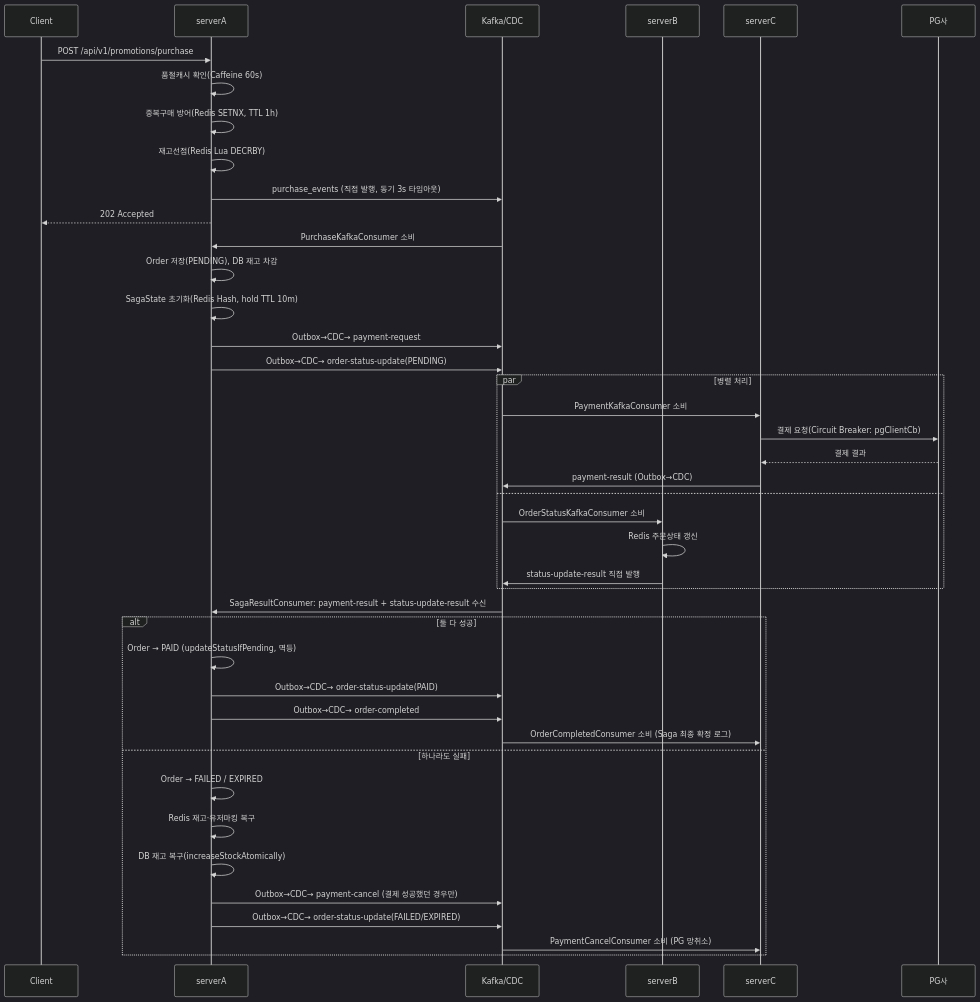
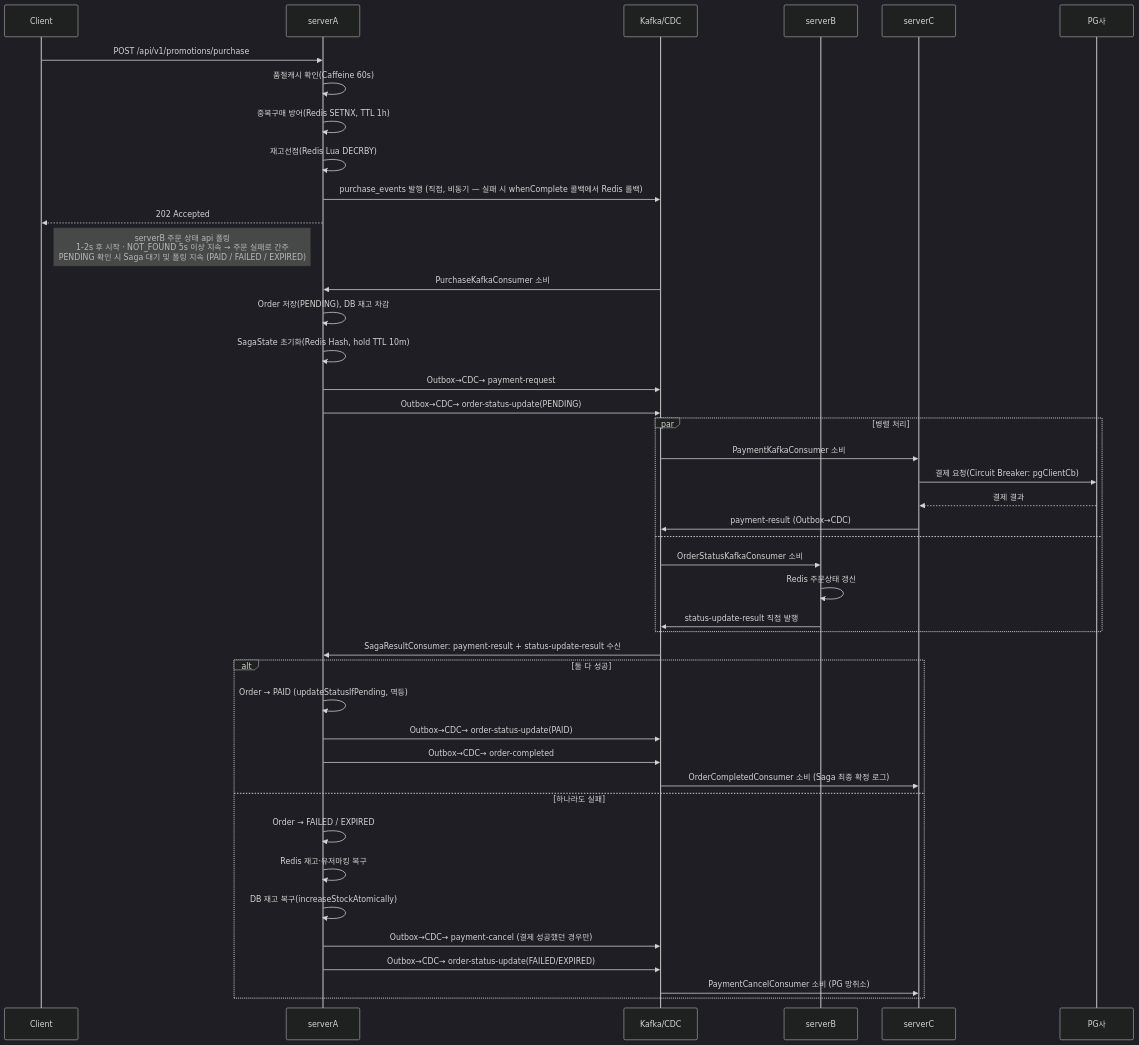
Before and after one commit to michi2012/goods-promotion-project: the second of 3 diagrams in README.md, drawn with Mermaid (dark theme). The commit also changed other lines of this file and 1 other file, not shown here.

Commit message:
docs: PromotionService.acceptPurchase() 변경에 따른 README.md 수정

````diff
--- a/README.md
+++ b/README.md
@@ -120,48 +120,49 @@
 ```mermaid
 sequenceDiagram
     participant C as Client
     participant A as serverA
     participant K as Kafka/CDC
     participant B as serverB
     participant SC as serverC
     participant PG as PG사
 
     C->>A: POST /api/v1/promotions/purchase
     A->>A: 품절캐시 확인(Caffeine 60s)
     A->>A: 중복구매 방어(Redis SETNX, TTL 1h)
     A->>A: 재고선점(Redis Lua DECRBY)
-    A->>K: purchase_events (직접 발행, 동기 3s 타임아웃)
+    A->>K: purchase_events 발행 (직접, 비동기 — 실패 시 whenComplete 콜백에서 Redis 롤백)
     A-->>C: 202 Accepted
+    Note right of C: serverB 주문 상태 api 폴링 <br/>1-2s 후 시작 · NOT_FOUND 5s 이상 지속 → 주문 실패로 간주<br/>PENDING 확인 시 Saga 대기 및 폴링 지속 (PAID / FAILED / EXPIRED)
 
     K->>A: PurchaseKafkaConsumer 소비
     A->>A: Order 저장(PENDING), DB 재고 차감
     A->>A: SagaState 초기화(Redis Hash, hold TTL 10m)
     A->>K: Outbox→CDC→ payment-request
     A->>K: Outbox→CDC→ order-status-update(PENDING)
 
     par 병렬 처리
         K->>SC: PaymentKafkaConsumer 소비
         SC->>PG: 결제 요청(Circuit Breaker: pgClientCb)
         PG-->>SC: 결제 결과
         SC->>K: payment-result (Outbox→CDC)
     and
         K->>B: OrderStatusKafkaConsumer 소비
         B->>B: Redis 주문상태 갱신
         B->>K: status-update-result 직접 발행
     end
 
     K->>A: SagaResultConsumer: payment-result + status-update-result 수신
     alt 둘 다 성공
         A->>A: Order → PAID (updateStatusIfPending, 멱등)
         A->>K: Outbox→CDC→ order-status-update(PAID)
         A->>K: Outbox→CDC→ order-completed
         K->>SC: OrderCompletedConsumer 소비 (Saga 최종 확정 로그)
     else 하나라도 실패
         A->>A: Order → FAILED / EXPIRED
         A->>A: Redis 재고·유저마킹 복구
         A->>A: DB 재고 복구(increaseStockAtomically)
         A->>K: Outbox→CDC→ payment-cancel (결제 성공했던 경우만)
         A->>K: Outbox→CDC→ order-status-update(FAILED/EXPIRED)
         K->>SC: PaymentCancelConsumer 소비 (PG 망취소)
     end
 ```
````
